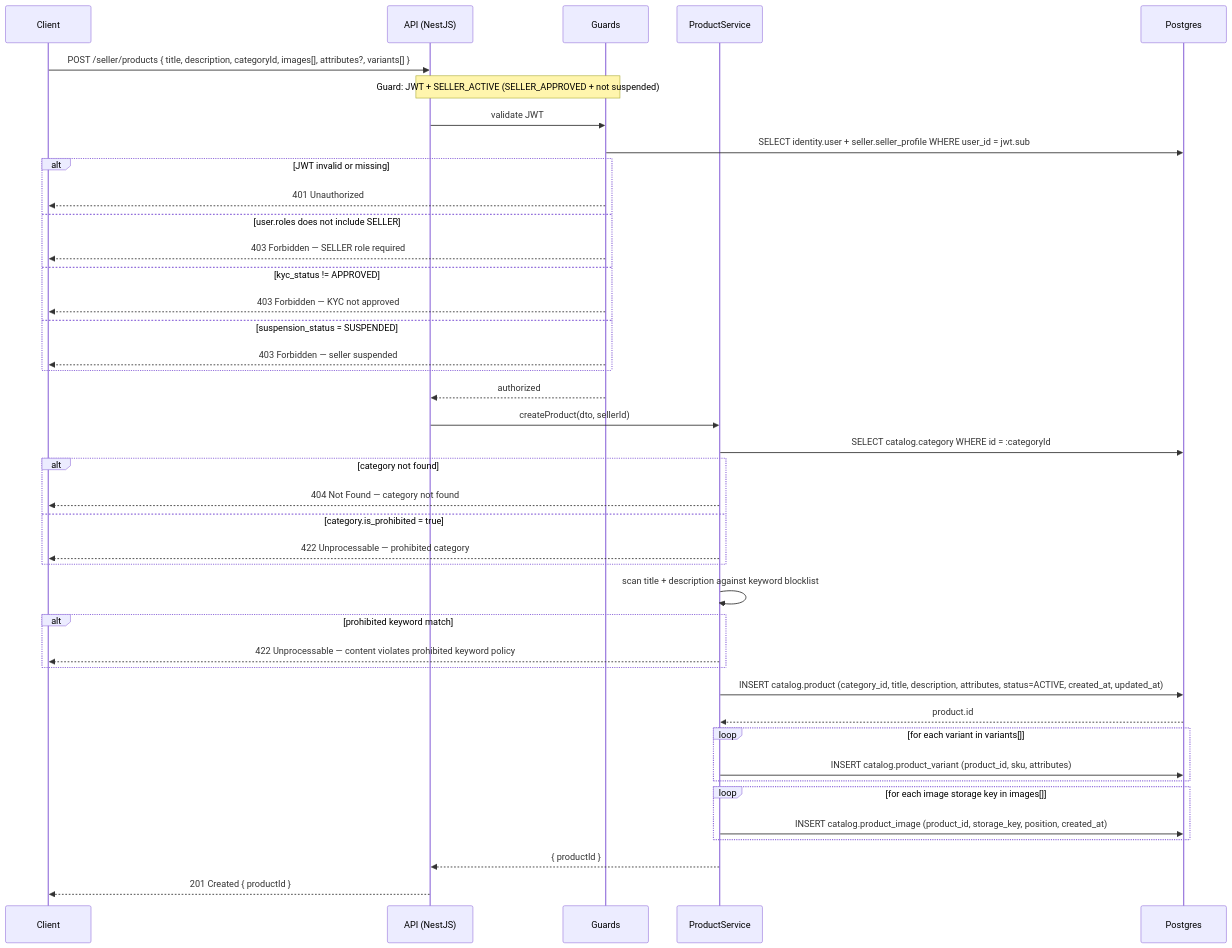
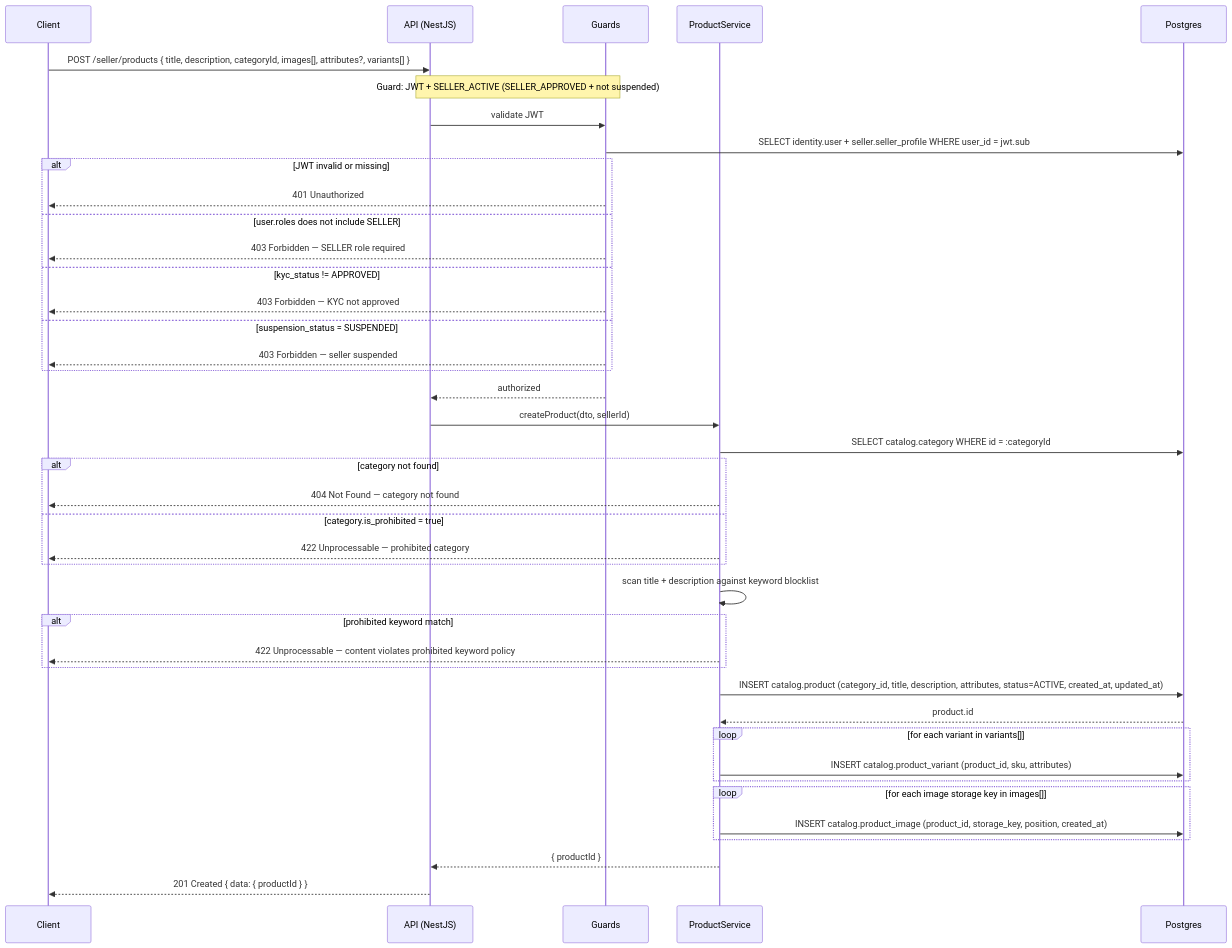
Before and after one commit to alisa-uthi/aliceut-ecom-document: diagram 17 of 21 in phase-1/technical-design/api-design/seller.md, drawn with Mermaid. The commit also changed other lines of this file and 22 other files, not shown here.

````diff
--- a/phase-1/technical-design/api-design/seller.md
+++ b/phase-1/technical-design/api-design/seller.md
@@ -1152,47 +1164,47 @@
 ```mermaid
 sequenceDiagram
     participant C as Client
     participant A as API (NestJS)
     participant G as Guards
     participant PS as ProductService
     participant P as Postgres
 
     C->>A: POST /seller/products { title, description, categoryId, images[], attributes?, variants[] }
     Note over A,G: Guard: JWT + SELLER_ACTIVE (SELLER_APPROVED + not suspended)
     A->>G: validate JWT
     G->>P: SELECT identity.user + seller.seller_profile WHERE user_id = jwt.sub
     alt JWT invalid or missing
         G-->>C: 401 Unauthorized
     else user.roles does not include SELLER
         G-->>C: 403 Forbidden — SELLER role required
     else kyc_status != APPROVED
         G-->>C: 403 Forbidden — KYC not approved
     else suspension_status = SUSPENDED
         G-->>C: 403 Forbidden — seller suspended
     end
     G-->>A: authorized
 
     A->>PS: createProduct(dto, sellerId)
     PS->>P: SELECT catalog.category WHERE id = :categoryId
     alt category not found
         PS-->>C: 404 Not Found — category not found
     else category.is_prohibited = true
         PS-->>C: 422 Unprocessable — prohibited category
     end
     PS->>PS: scan title + description against keyword blocklist
     alt prohibited keyword match
         PS-->>C: 422 Unprocessable — content violates prohibited keyword policy
     end
 
     PS->>P: INSERT catalog.product (category_id, title, description, attributes, status=ACTIVE, created_at, updated_at)
     P-->>PS: product.id
     loop for each variant in variants[]
         PS->>P: INSERT catalog.product_variant (product_id, sku, attributes)
     end
     loop for each image storage key in images[]
         PS->>P: INSERT catalog.product_image (product_id, storage_key, position, created_at)
     end
 
     PS-->>A: { productId }
-    A-->>C: 201 Created { productId }
+    A-->>C: 201 Created { data: { productId } }
 ```
````
